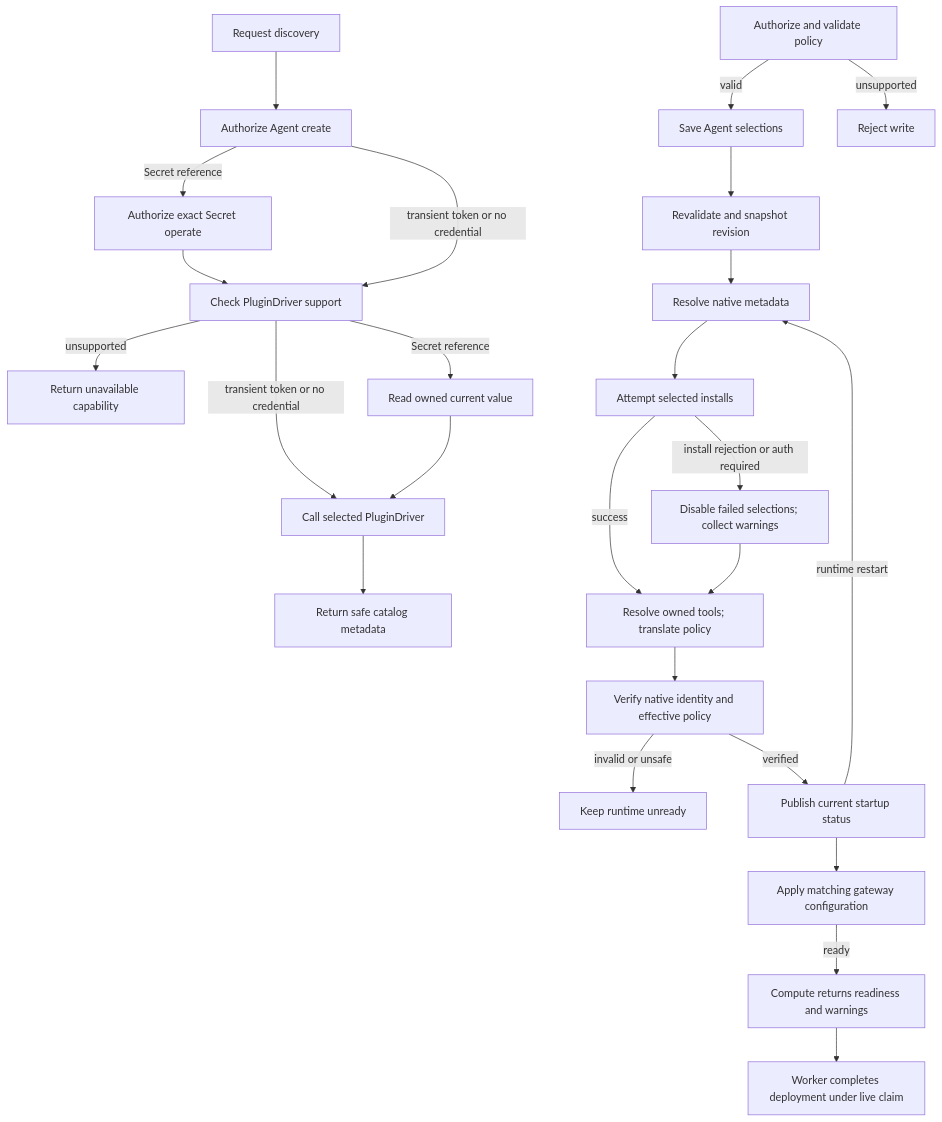
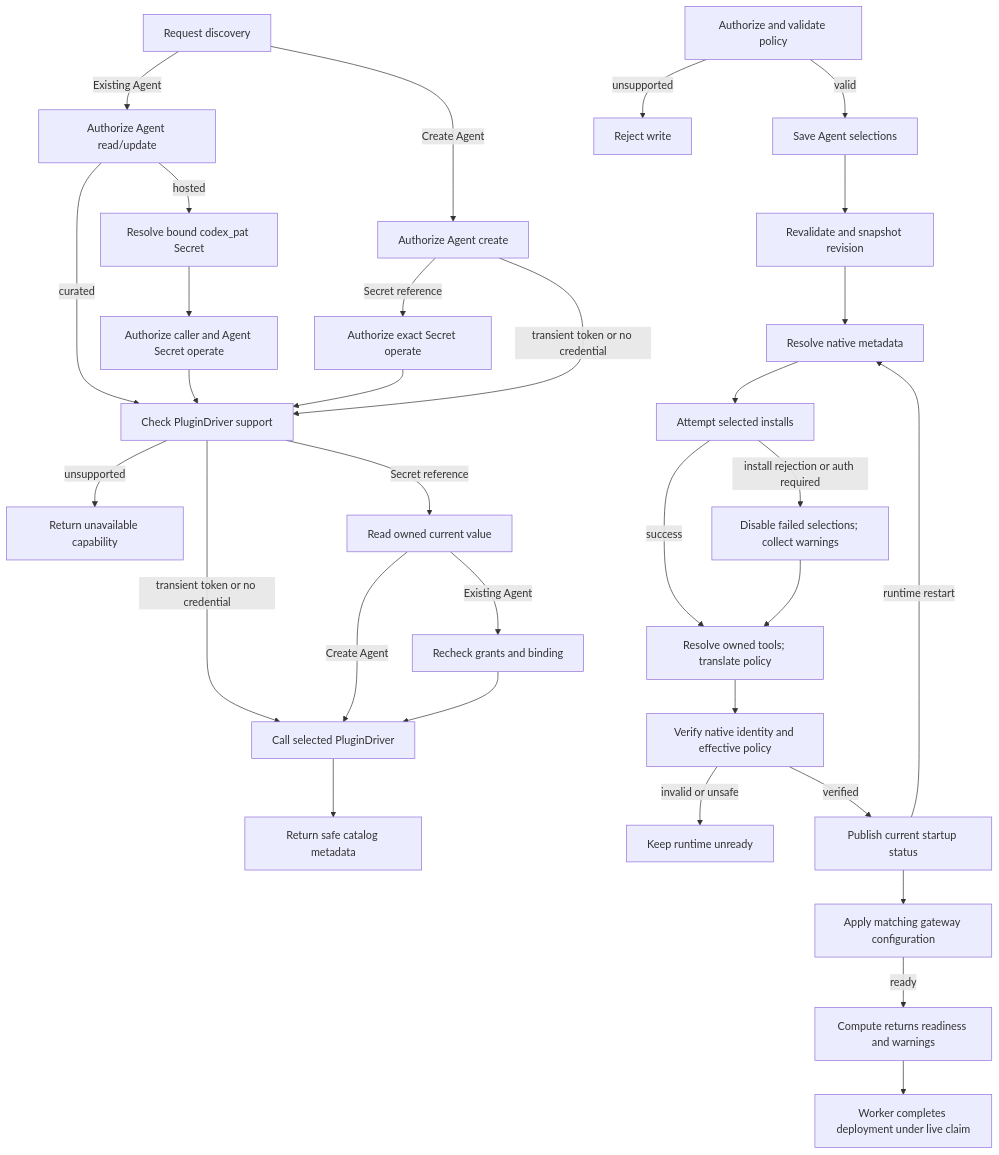
Before and after one commit to IsaiahStapleton/openclaw-enterprise: the diagram in docs/flows/agent-plugins.md, drawn with Mermaid. The commit also changed other lines of this file and 64 other files, not shown here.

````diff
--- a/docs/flows/agent-plugins.md
+++ b/docs/flows/agent-plugins.md
@@ -30,27 +30,34 @@
 ```mermaid
 graph TD
-  D0["Request discovery"] --> D1["Authorize Agent create"]
+  D0["Request discovery"] -->|Create Agent| D1["Authorize Agent create"]
+  D0 -->|Existing Agent| E0["Authorize Agent read/update"]
+  E0 -->|curated| D6
+  E0 -->|hosted| E1["Resolve bound codex_pat Secret"]
+  E1 --> E2["Authorize caller and Agent Secret operate"]
+  E2 --> D6
   D1 -->|Secret reference| D2["Authorize exact Secret operate"]
   D2 --> D6["Check PluginDriver support"]
   D1 -->|transient token or no credential| D6
   D6 -->|unsupported| D7["Return unavailable capability"]
   D6 -->|Secret reference| D3["Read owned current value"]
   D6 -->|transient token or no credential| D4["Call selected PluginDriver"]
-  D3 --> D4
+  D3 -->|Create Agent| D4
+  D3 -->|Existing Agent| E3["Recheck grants and binding"]
+  E3 --> D4
   D4 --> D5["Return safe catalog metadata"]
   A["Authorize and validate policy"] -->|valid| S["Save Agent selections"]
   A -->|unsupported| Y["Reject write"]
   S --> B["Revalidate and snapshot revision"]
   B --> C["Resolve native metadata"]
   C --> D["Attempt selected installs"]
   D -->|install rejection or auth required| E["Disable failed selections; collect warnings"]
   D -->|success| T["Resolve owned tools; translate policy"]
   E --> T
   T --> F["Verify native identity and effective policy"]
   F -->|invalid or unsafe| X["Keep runtime unready"]
   F -->|verified| G["Publish current startup status"]
   G --> H["Apply matching gateway configuration"]
   H -->|ready| I["Compute returns readiness and warnings"]
   I --> J["Worker completes deployment under live claim"]
   G -->|runtime restart| C
 ```
````
